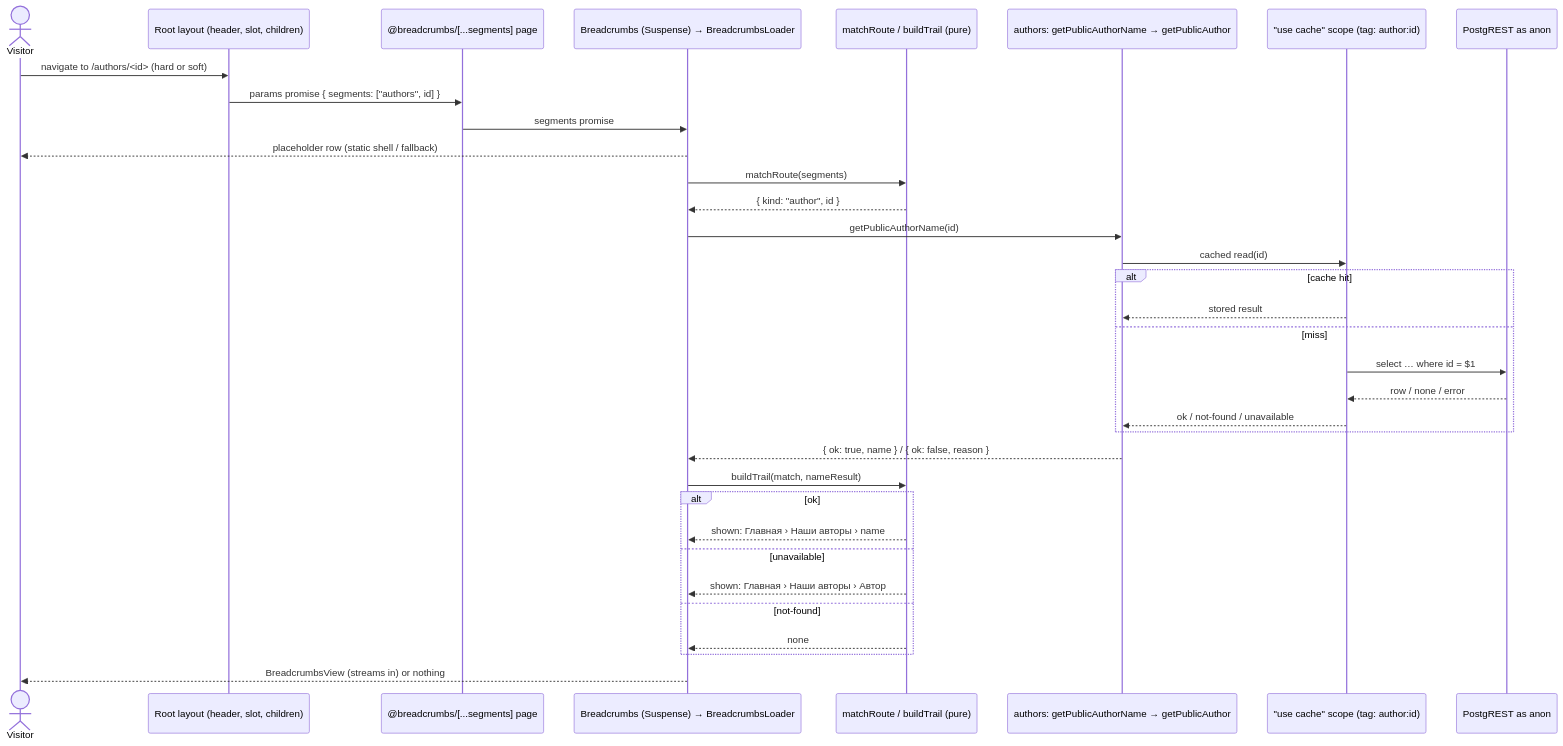
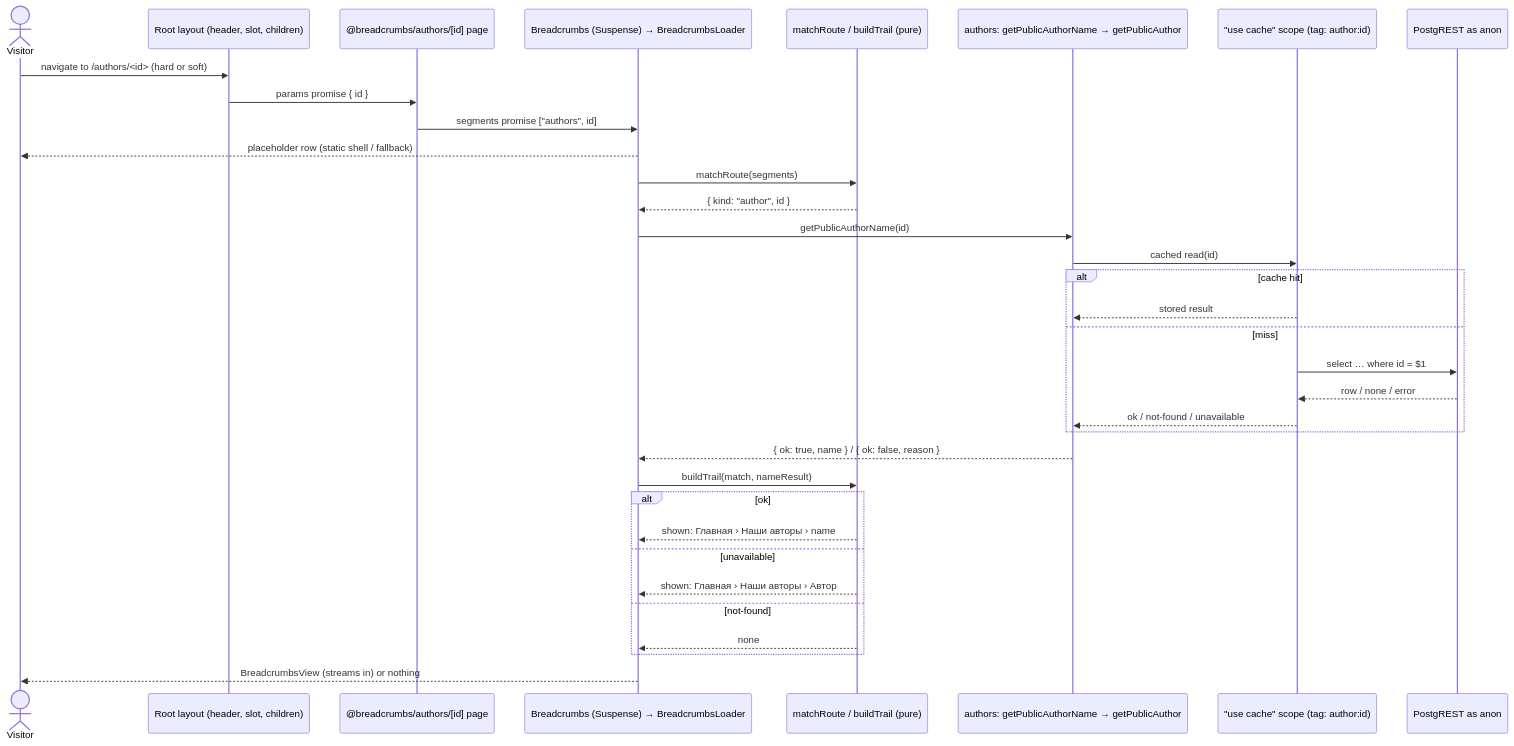
One commit to EvgeniyKrishtopa/Poetry-Hub changed the first of 2 diagrams in openspec/changes/add-breadcrumbs/design.md. Above: the diagram before and after it, drawn with Mermaid. The commit also changed other lines of this file and 35 other files, not shown here.

````diff
--- a/openspec/changes/add-breadcrumbs/design.md
+++ b/openspec/changes/add-breadcrumbs/design.md
@@ -141,37 +151,37 @@
 ```mermaid
 sequenceDiagram
   actor V as Visitor
   participant L as Root layout (header, slot, children)
-  participant S as @breadcrumbs/[...segments] page
+  participant S as @breadcrumbs/authors/[id] page
   participant B as Breadcrumbs (Suspense) → BreadcrumbsLoader
   participant M as matchRoute / buildTrail (pure)
   participant A as authors: getPublicAuthorName → getPublicAuthor
   participant K as "use cache" scope (tag: author:id)
   participant DB as PostgREST as anon
 
   V->>L: navigate to /authors/<id> (hard or soft)
-  L->>S: params promise { segments: ["authors", id] }
-  S->>B: segments promise
+  L->>S: params promise { id }
+  S->>B: segments promise ["authors", id]
   B-->>V: placeholder row (static shell / fallback)
   B->>M: matchRoute(segments)
   M-->>B: { kind: "author", id }
   B->>A: getPublicAuthorName(id)
   A->>K: cached read(id)
   alt cache hit
     K-->>A: stored result
   else miss
     K->>DB: select … where id = $1
     DB-->>K: row / none / error
     K-->>A: ok / not-found / unavailable
   end
   A-->>B: { ok: true, name } / { ok: false, reason }
   B->>M: buildTrail(match, nameResult)
   alt ok
     M-->>B: shown: Главная › Наши авторы › name
   else unavailable
     M-->>B: shown: Главная › Наши авторы › Автор
   else not-found
     M-->>B: none
   end
   B-->>V: BreadcrumbsView (streams in) or nothing
 ```
````
